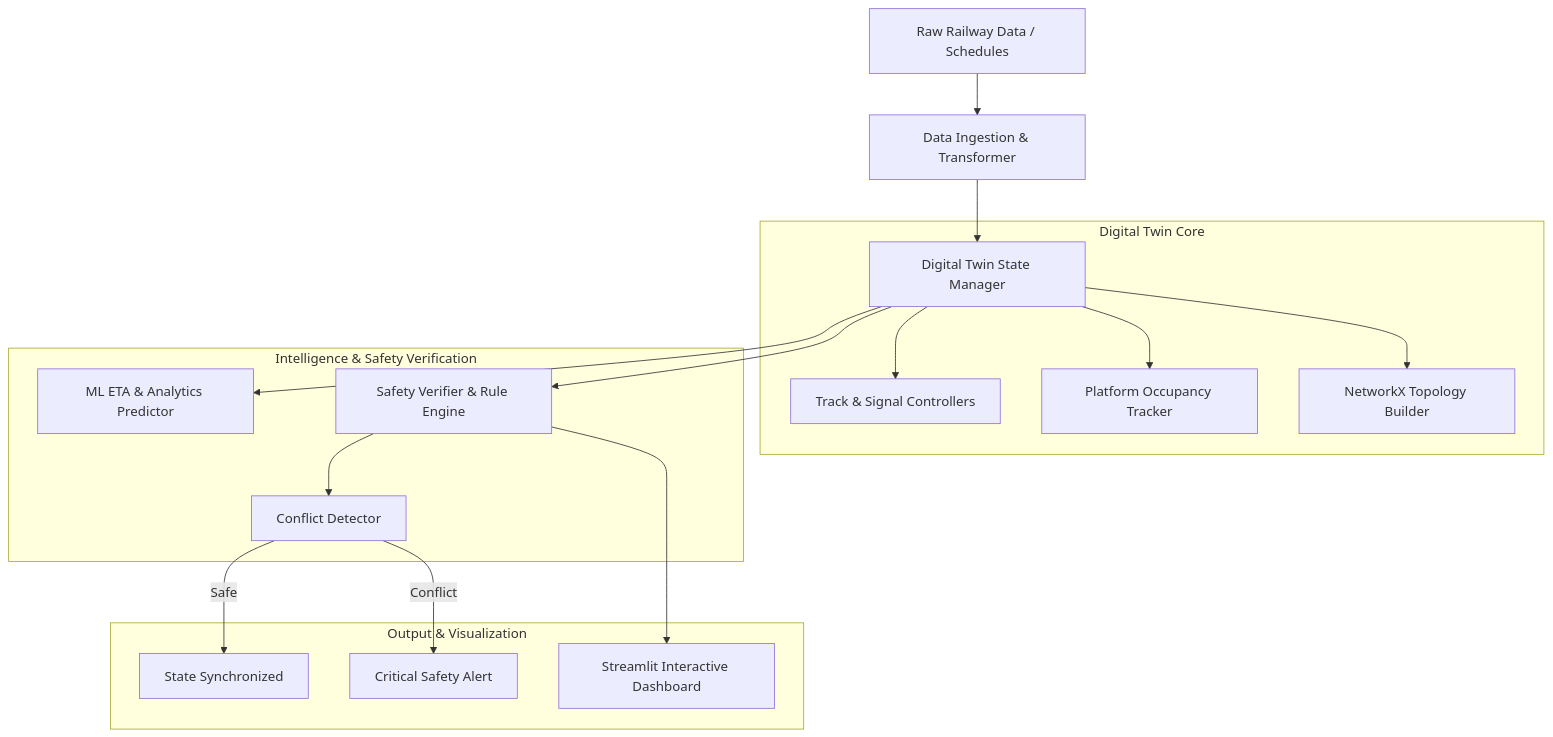
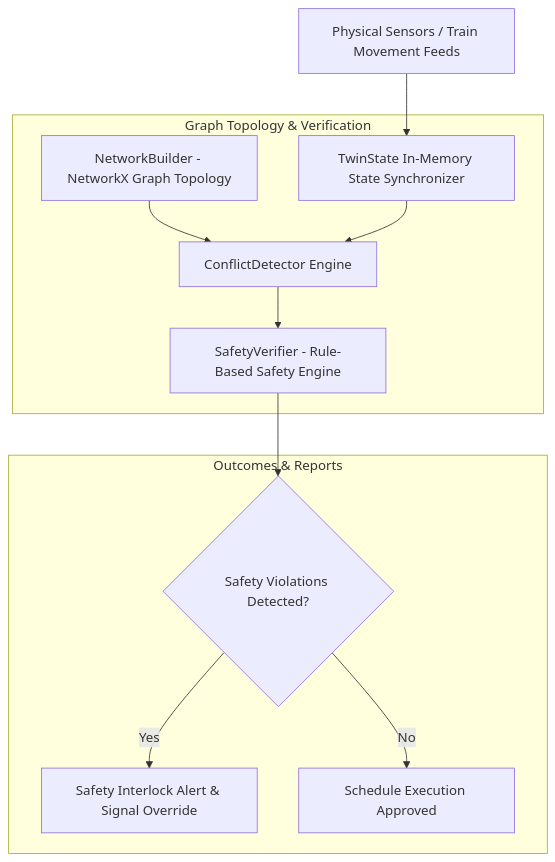
The diagram in README.md (Balu-Annapureddy/RailwayTwin), drawn with Mermaid before and after one commit. The commit also changed other lines of this file and 1 other file, not shown here.

Commit message:
docs: add safety conflict unit tests, update test counts to 8, update README for RailwayTwin

````diff
--- a/README.md
+++ b/README.md
@@ -27,23 +25,16 @@
 ```mermaid
 flowchart TD
-    Data[Raw Railway Data / Schedules] --> Transformer[Data Ingestion & Transformer]
-    Transformer --> Twin[Digital Twin State Manager]
+    Sensor[Physical Sensors / Train Movement Feeds] --> StateSync[TwinState In-Memory State Synchronizer]
     
-    subgraph Digital Twin Core
-        Twin --> TrackManager[Track & Signal Controllers]
-        Twin --> PlatformTracker[Platform Occupancy Tracker]
-        Twin --> NetworkGraph[NetworkX Topology Builder]
+    subgraph Graph Topology & Verification
+        Topology[NetworkBuilder - NetworkX Graph Topology] --> ConflictEngine[ConflictDetector Engine]
+        StateSync --> ConflictEngine
+        ConflictEngine --> Verifier[SafetyVerifier - Rule-Based Safety Engine]
     end
 
-    subgraph Intelligence & Safety Verification
-        Twin --> ETAPredictor[ML ETA & Analytics Predictor]
-        Twin --> SafetyVerifier[Safety Verifier & Rule Engine]
-        SafetyVerifier --> ConflictDetector[Conflict Detector]
-    end
-
-    subgraph Output & Visualization
-        ConflictDetector -- Safe --> Exec[State Synchronized]
-        ConflictDetector -- Conflict --> Alert[Critical Safety Alert]
-        SafetyVerifier --> Dashboard[Streamlit Interactive Dashboard]
+    subgraph Outcomes & Reports
+        Verifier --> Outcome{Safety Violations Detected?}
+        Outcome -- Yes --> Alert[Safety Interlock Alert & Signal Override]
+        Outcome -- No --> Pass[Schedule Execution Approved]
     end
 ```
````
